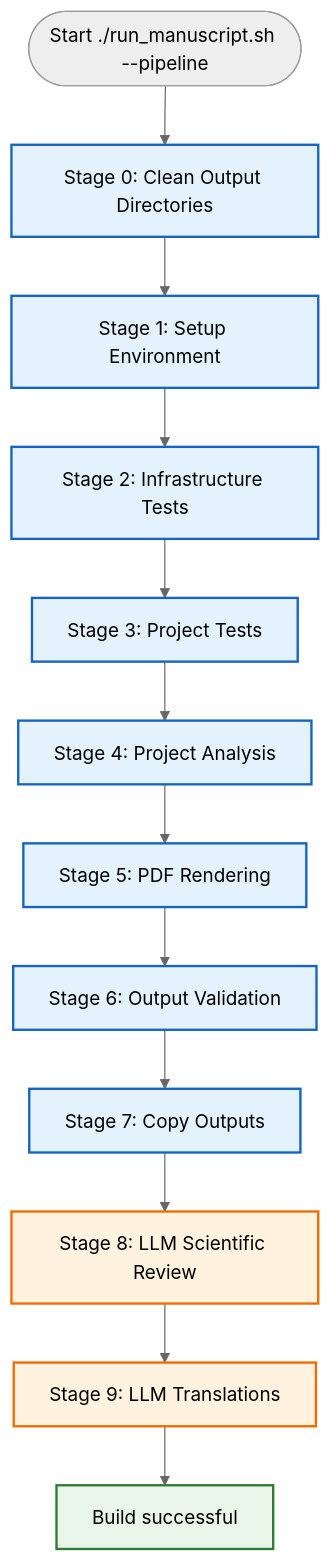
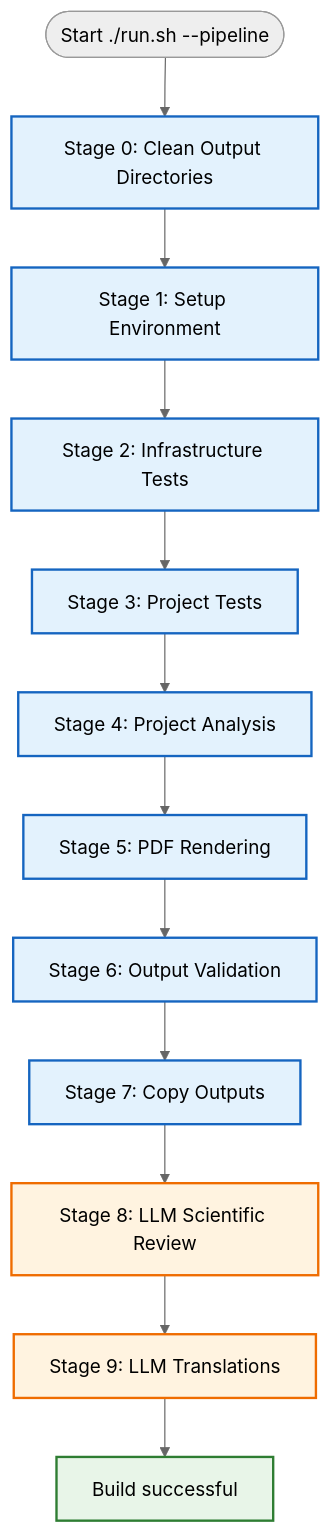
The second of 2 diagrams in docs/operational/BUILD_SYSTEM.md (docxology/template), drawn with Mermaid (neutral theme) before and after one commit. The commit also changed other lines of this file and 216 other files, not shown here.

````diff
--- a/docs/operational/BUILD_SYSTEM.md
+++ b/docs/operational/BUILD_SYSTEM.md
@@ -84,23 +84,23 @@
 ```mermaid
 flowchart TD
-    START([Start ./run_manuscript.sh --pipeline]) --> CLEAN[Stage 0: Clean Output Directories]
+    START([Start ./run.sh --pipeline]) --> CLEAN[Stage 0: Clean Output Directories]
     CLEAN --> SETUP[Stage 1: Setup Environment]
     SETUP --> INFRA_TESTS[Stage 2: Infrastructure Tests]
     INFRA_TESTS --> PROJ_TESTS[Stage 3: Project Tests]
     PROJ_TESTS --> ANALYSIS[Stage 4: Project Analysis]
     ANALYSIS --> PDF[Stage 5: PDF Rendering]
     PDF --> VALIDATE[Stage 6: Output Validation]
     VALIDATE --> COPY[Stage 7: Copy Outputs]
     COPY --> LLM_REVIEW[Stage 8: LLM Scientific Review]
     LLM_REVIEW --> LLM_TRANSLATE[Stage 9: LLM Translations]
     LLM_TRANSLATE --> SUCCESS[Build successful]
 
     classDef success fill:#e8f5e8,stroke:#2e7d32,stroke-width:2px
     classDef failure fill:#ffebee,stroke:#c62828,stroke-width:2px
     classDef process fill:#e3f2fd,stroke:#1565c0,stroke-width:2px
     classDef optional fill:#fff3e0,stroke:#ef6c00,stroke-width:2px
 
     class SUCCESS success
     class LLM_REVIEW,LLM_TRANSLATE optional
     class CLEAN,SETUP,INFRA_TESTS,PROJ_TESTS,ANALYSIS,PDF,VALIDATE,COPY process
 ```
````
